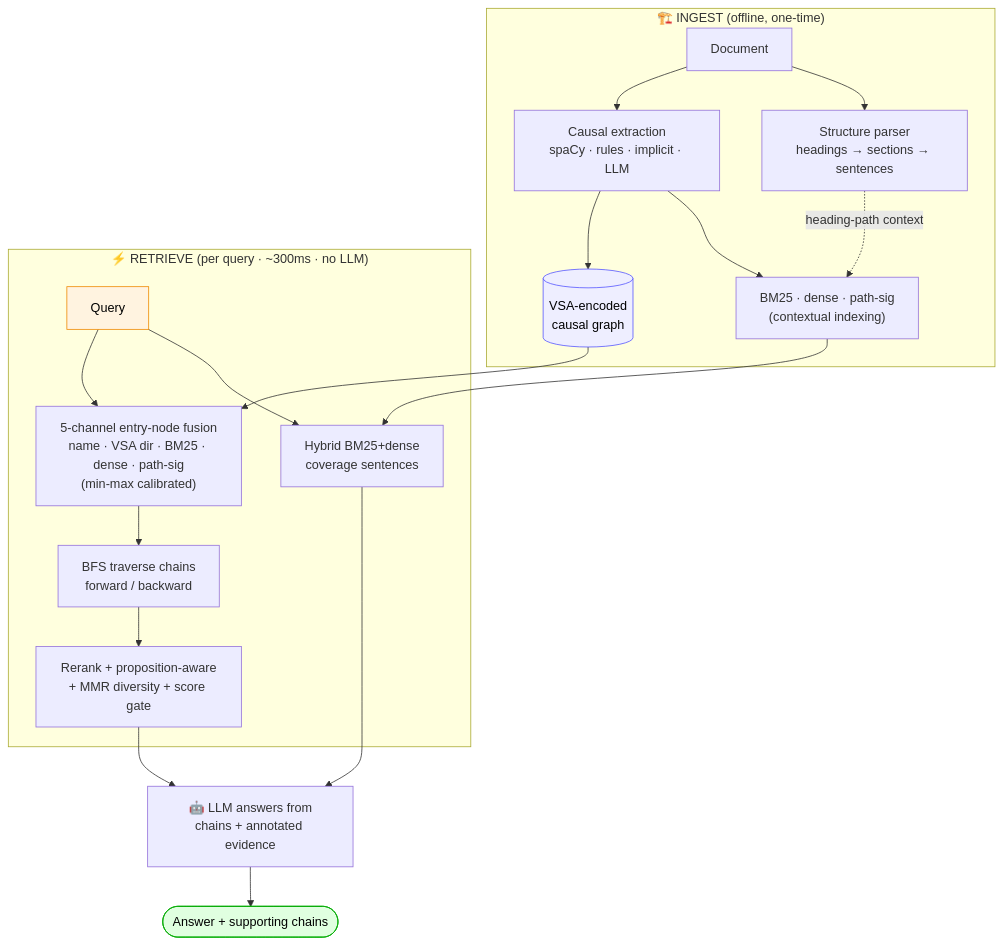
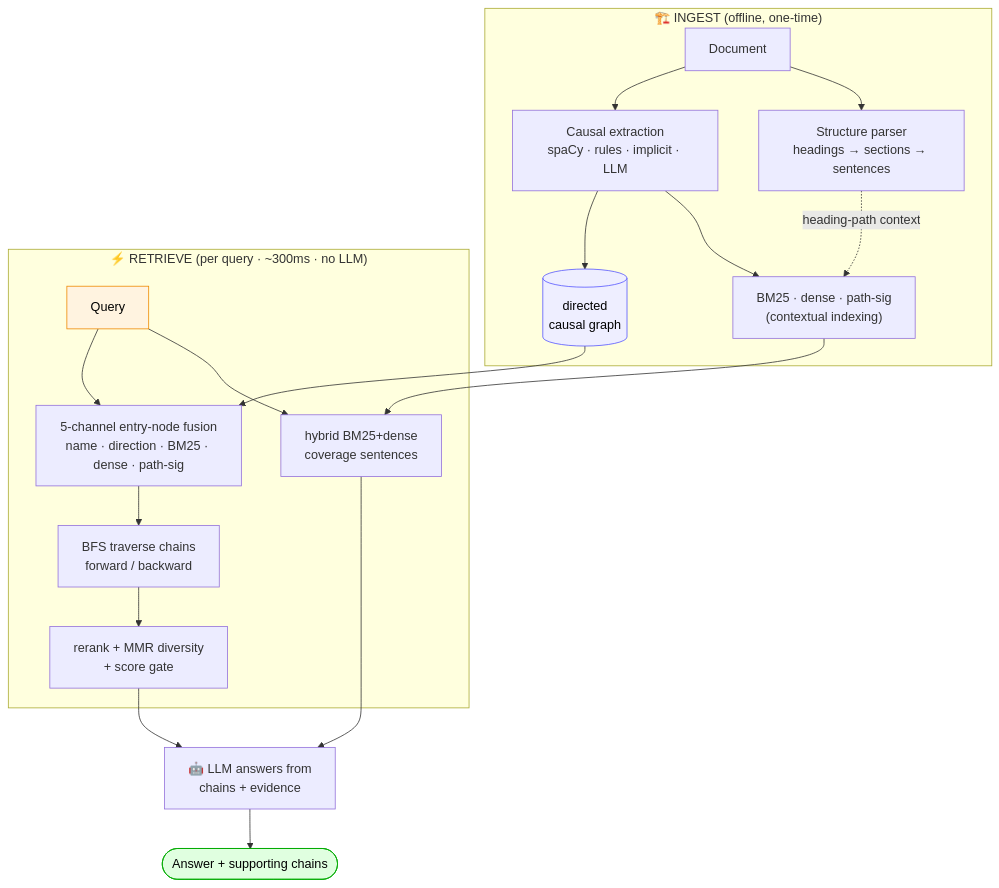
One commit to linga009/causal-graph-rag changed the third of 3 diagrams in README.md. Above: the diagram before and after it, drawn with Mermaid. The commit also changed other lines of this file and 7 other files, not shown here.

````diff
--- a/README.md
+++ b/README.md
@@ -434,27 +219,27 @@
 ```mermaid
 flowchart TB
     subgraph INGEST["🏗️ INGEST (offline, one-time)"]
         DOC[Document] --> EXT["Causal extraction<br/>spaCy · rules · implicit · LLM"]
         DOC --> STR["Structure parser<br/>headings → sections → sentences"]
-        EXT --> G[("VSA-encoded<br/>causal graph")]
+        EXT --> G[("directed<br/>causal graph")]
         STR -. heading-path context .-> IDX["BM25 · dense · path-sig<br/>(contextual indexing)"]
         EXT --> IDX
     end
 
     subgraph RETRIEVE["⚡ RETRIEVE (per query · ~300ms · no LLM)"]
-        Q[Query] --> FUSE["5-channel entry-node fusion<br/>name · VSA dir · BM25 · dense · path-sig<br/>(min-max calibrated)"]
+        Q[Query] --> FUSE["5-channel entry-node fusion<br/>name · direction · BM25 · dense · path-sig"]
         FUSE --> BFS["BFS traverse chains<br/>forward / backward"]
-        BFS --> RR["Rerank + proposition-aware<br/>+ MMR diversity + score gate"]
-        Q --> COV["Hybrid BM25+dense<br/>coverage sentences"]
+        BFS --> RR["rerank + MMR diversity<br/>+ score gate"]
+        Q --> COV["hybrid BM25+dense<br/>coverage sentences"]
     end
 
     G --> FUSE
     IDX --> COV
-    RR --> GEN["🤖 LLM answers from<br/>chains + annotated evidence"]
+    RR --> GEN["🤖 LLM answers from<br/>chains + evidence"]
     COV --> GEN
     GEN --> ANS([Answer + supporting chains])
 
     style G fill:#eef,stroke:#55f,color:#000
     style ANS fill:#e0ffe0,stroke:#0a0,color:#000
     style Q fill:#fff3e0,stroke:#e80,color:#000
 ```
````
